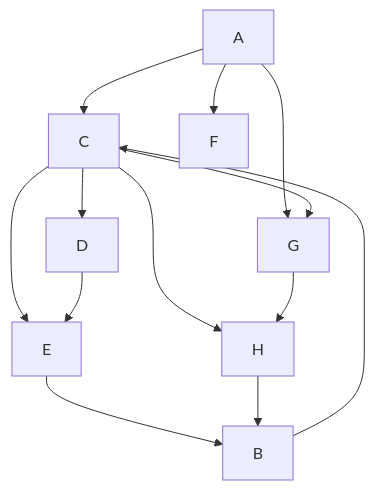
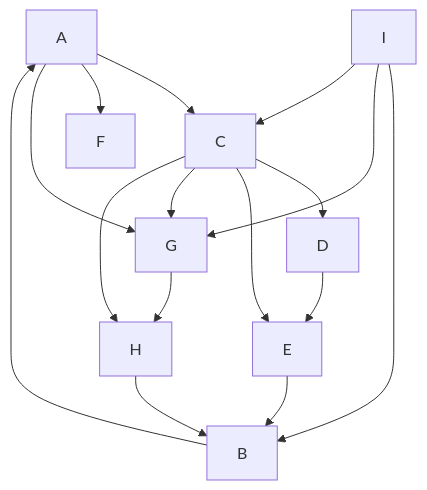
The diagram in vault/sem1/AuD/UE/U11/AuD_U11_bf.md (bfeitknecht/vault), drawn with Mermaid before and after one commit. The commit also changed other lines of this file, not shown here.

Commit message:
vault backup: 2023-12-10 09:02:36 from MacBooc Pro
Affected files:
vault/sem1/AuD/UE/U11/AuD_U11_bf.md

````diff
--- a/vault/sem1/AuD/UE/U11/AuD_U11_bf.md
+++ b/vault/sem1/AuD/UE/U11/AuD_U11_bf.md
@@ -3,17 +3,18 @@
 ```mermaid
 graph TD;
 	A-->C;
 	A-->F;
 	A-->G;
-	B-->C;
+	B-->A;
 	C-->D;
 	C-->E;
 	C-->G;
 	C-->H;
 	D-->E;
 	E-->B;
 	G-->H;
 	H-->B;
-	
-	
+	I-->B;
+	I-->G;
+	I-->C;	
 ```
````
